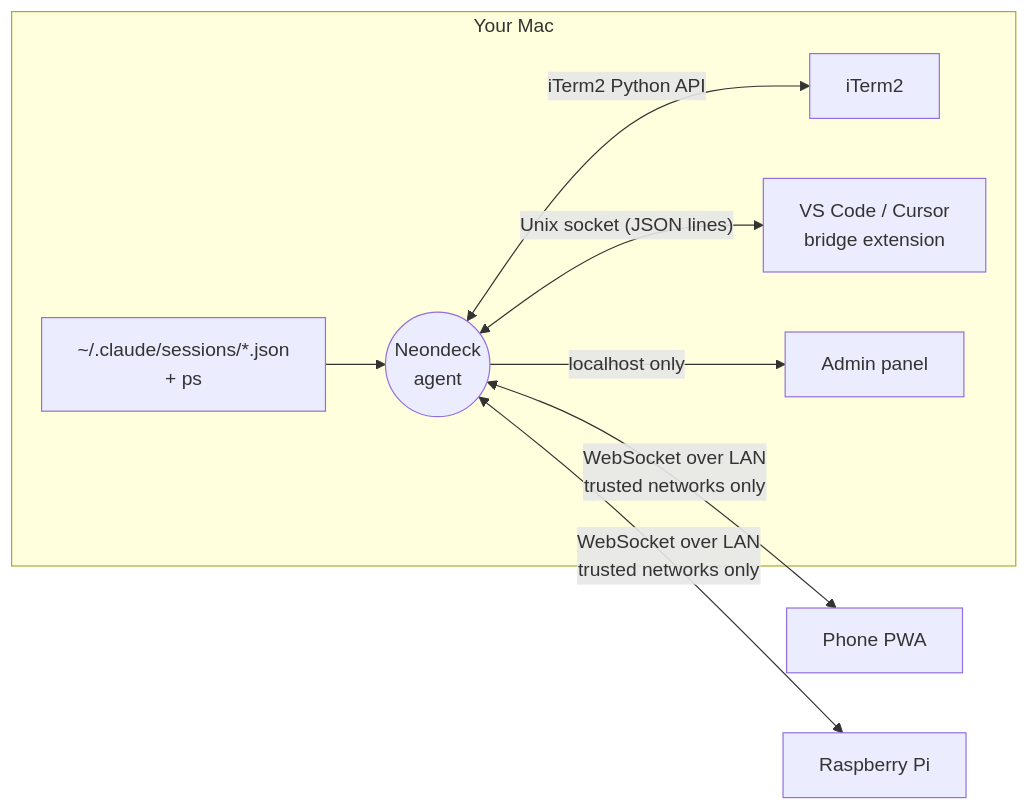
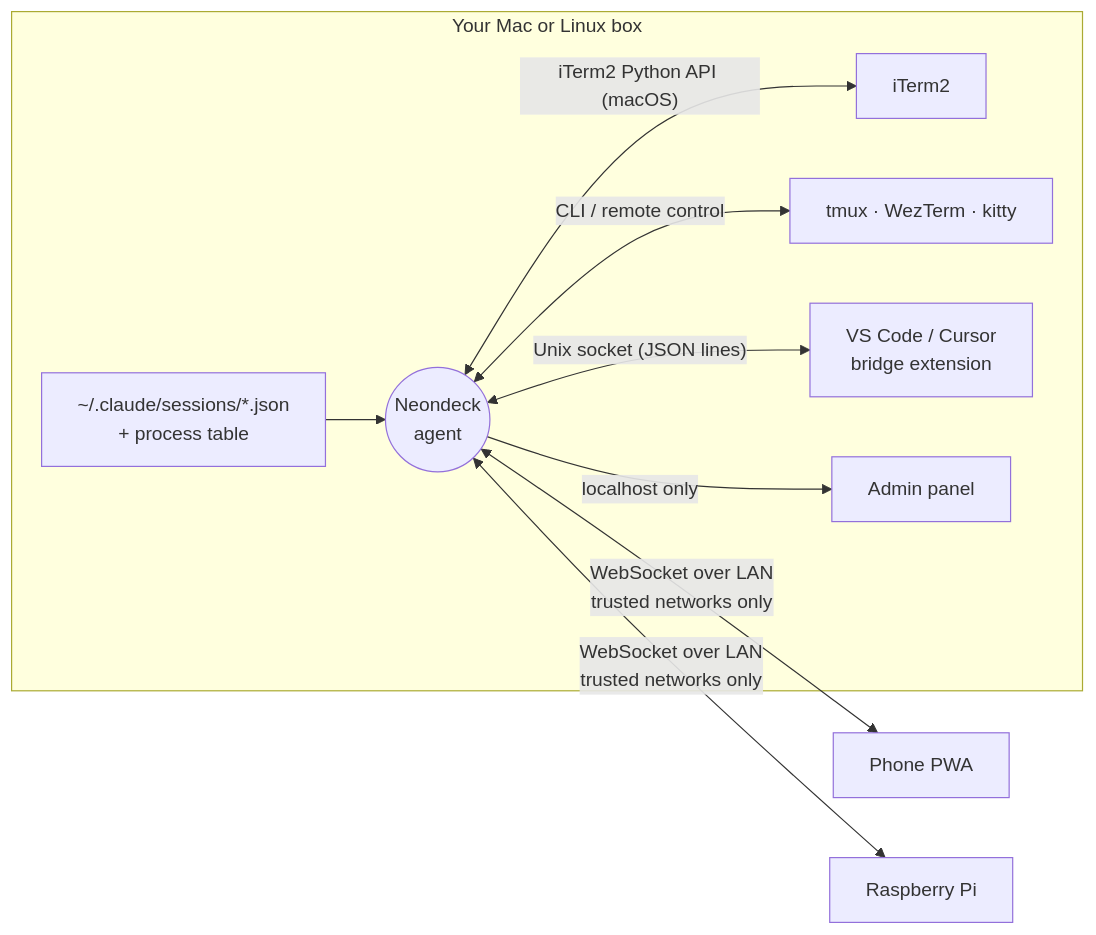
Before and after one commit to matteofrige/neondeck: the diagram in README.md, drawn with Mermaid. The commit also changed other lines of this file and 42 other files, not shown here.

First line of the commit message:
0.4.0: supporto Linux, backend tmux/WezTerm/kitty, CI macOS+Ubuntu

````diff
--- a/README.md
+++ b/README.md
@@ -48,11 +50,12 @@
 ```mermaid
 flowchart LR
-    subgraph Mac["Your Mac"]
-        S["~/.claude/sessions/*.json<br/>+ ps"] --> A(("Neondeck<br/>agent"))
-        A <-->|"iTerm2 Python API"| IT["iTerm2"]
+    subgraph Mac["Your Mac or Linux box"]
+        S["~/.claude/sessions/*.json<br/>+ process table"] --> A(("Neondeck<br/>agent"))
+        A <-->|"iTerm2 Python API (macOS)"| IT["iTerm2"]
+        A <-->|"CLI / remote control"| TM["tmux · WezTerm · kitty"]
         A <-->|"Unix socket (JSON lines)"| VS["VS Code / Cursor<br/>bridge extension"]
         A -->|"localhost only"| AD["Admin panel"]
     end
     A <-->|"WebSocket over LAN<br/>trusted networks only"| P["Phone PWA"]
     A <-->|"WebSocket over LAN<br/>trusted networks only"| PI["Raspberry Pi"]
 ```
````
